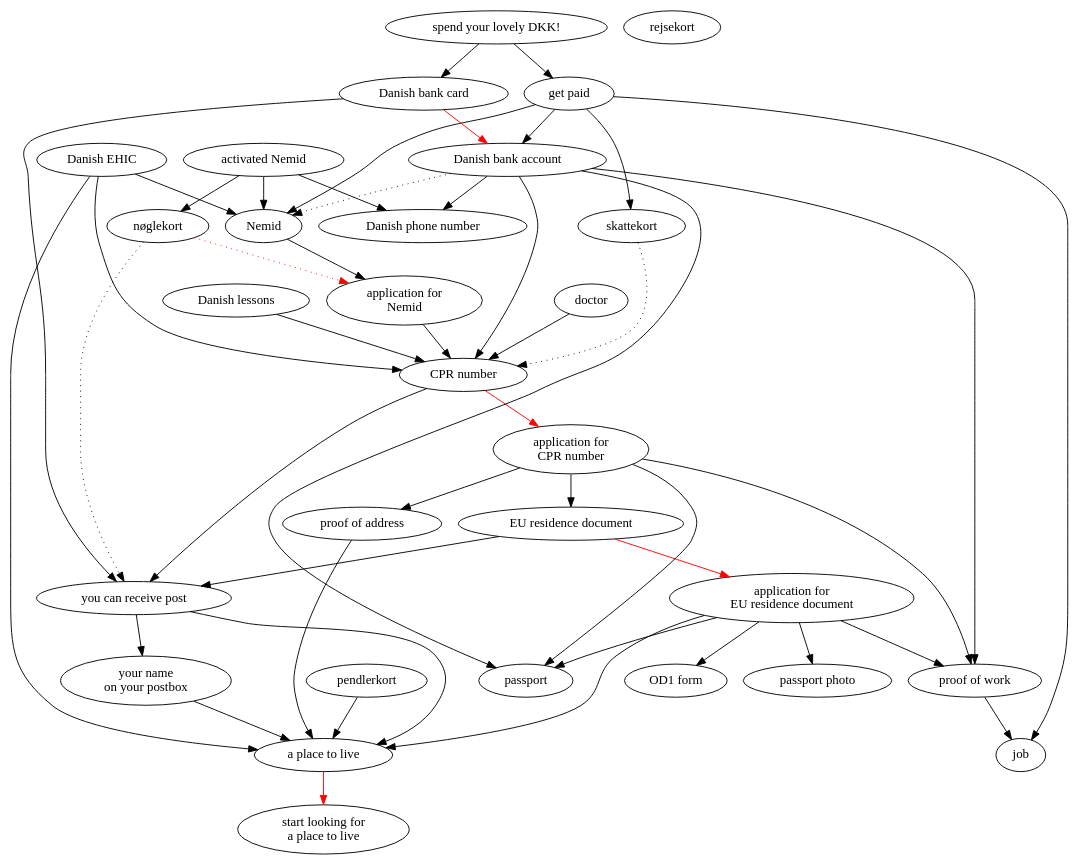
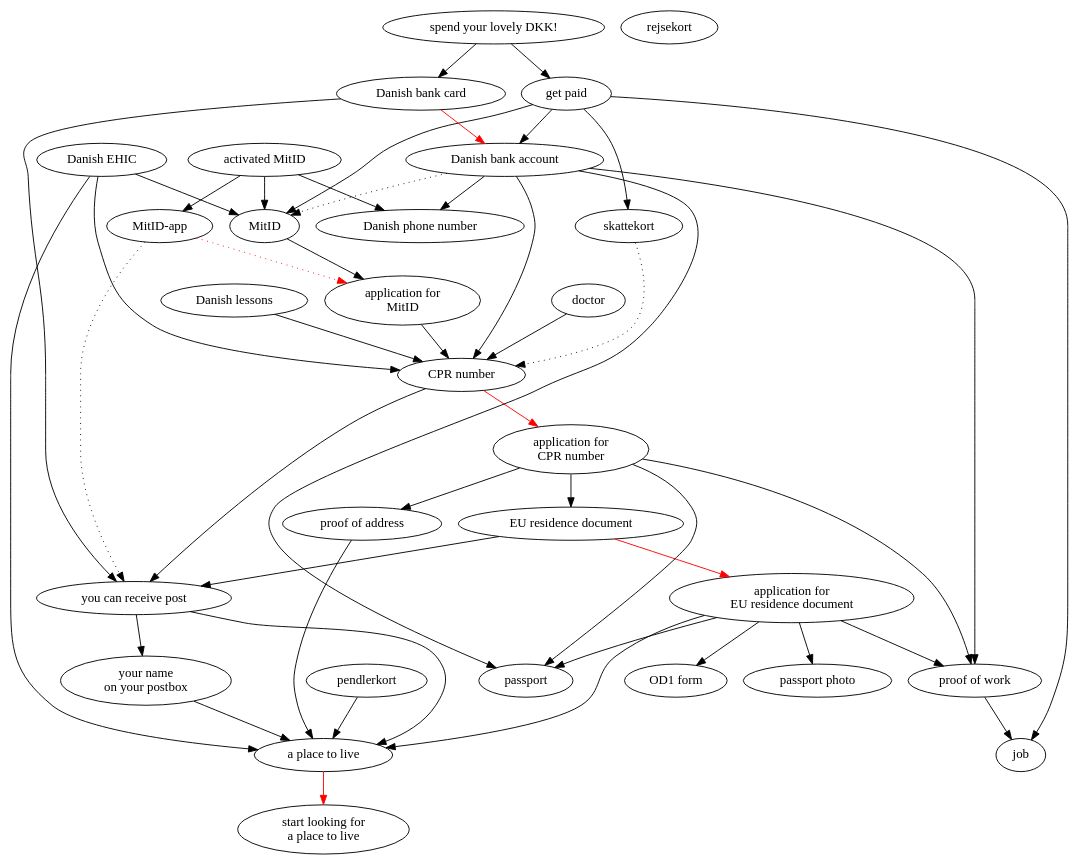
One commit to NoahBohme/emigrerer-til-danmark changed the diagram in flytter-til-danmark.dot. Above: the diagram before and after it, drawn with Graphviz.

Commit message:
Update from NemID to MitID

```diff
--- a/flytter-til-danmark.dot
+++ b/flytter-til-danmark.dot
@@ -1,99 +1,99 @@
 digraph g {
   job
   proof_of_work [ label="proof of work" ]
   proof_of_work -> job
 
   passport
 
   danish_phone_number [ label="Danish phone number" ]
   rejsekort
 
   start_looking_for_place_to_live [ label="start looking for\na place to live" ]
   place_to_live [ label="a place to live" ]
   place_to_live -> start_looking_for_place_to_live [ color="red" ]
 
   name_on_postbox [ label="your name\non your postbox" ]
   name_on_postbox -> place_to_live
 
   can_receive_post [ label="you can receive post" ]
   can_receive_post -> place_to_live
   can_receive_post -> name_on_postbox
 
   pendlerkort
   pendlerkort -> place_to_live
 
   eu_residence_document_application [ label="application for\nEU residence document" ]
   eu_residence_document_application -> place_to_live
   eu_residence_document_application -> proof_of_work
   eu_residence_document_application -> passport
   eu_residence_document_application -> od1_form
   od1_form [ label="OD1 form" ]
   passport_photo [ label="passport photo" ]
   eu_residence_document_application -> passport_photo
 
   eu_residence_document [ label="EU residence document" ]
   eu_residence_document -> eu_residence_document_application [ color="red" ]
   eu_residence_document -> can_receive_post
 
   cpr_number_application [ label="application for\nCPR number" ]
   cpr_number_application -> eu_residence_document
   cpr_number_application -> proof_of_work
   cpr_number_application -> proof_of_address
   cpr_number_application -> passport
 
   cpr_number [ label="CPR number" ]
   cpr_number -> cpr_number_application [ color="red" ]
   cpr_number -> can_receive_post
 
   proof_of_address [ label="proof of address" ]
   proof_of_address -> place_to_live
 
   skattekort
   skattekort -> cpr_number [ style="dotted" ]
 
-  nemid_application [ label="application for\nNemid" ]
-  nemid_application -> cpr_number
-  nemid [ label="Nemid" ]
-  nemid -> nemid_application
+  mitid_application [ label="application for\nMitID" ]
+  mitid_application -> cpr_number
+  mitid [ label="MitID" ]
+  mitid -> mitid_application
 
   danish_bank_account [ label="Danish bank account" ]
   danish_bank_account -> cpr_number
   danish_bank_account -> proof_of_work
-  danish_bank_account -> nemid [ style="dotted" ]
+  danish_bank_account -> mitid [ style="dotted" ]
   danish_bank_account -> passport
   danish_bank_account -> danish_phone_number
 
-  activated_nemid [ label="activated Nemid" ]
-  activated_nemid -> nemid
-  activated_nemid -> danish_phone_number
-  noglekort [ label="nøglekort" ]
-  activated_nemid -> noglekort
-  noglekort -> nemid_application [ style="dotted" color="red" ]
-  noglekort -> can_receive_post [ style="dotted" ]
+  activated_mitid [ label="activated MitID" ]
+  activated_mitid -> mitid
+  activated_mitid -> danish_phone_number
+  mitid_app [ label="MitID-app" ]
+  activated_mitid -> mitid_app
+  mitid_app -> mitid_application [ style="dotted" color="red" ]
+  mitid_app -> can_receive_post [ style="dotted" ]
 
   ehic [ label="Danish EHIC" ]
   ehic -> cpr_number
-  ehic -> nemid
+  ehic -> mitid
   ehic -> place_to_live
 
   doctor
   doctor -> cpr_number
 
   get_paid [ label="get paid" ]
   get_paid -> job
   get_paid -> skattekort
   get_paid -> danish_bank_account
-  get_paid -> nemid
+  get_paid -> mitid
 
   danish_lessions [ label="Danish lessons" ]
   danish_lessions -> cpr_number
 
   danish_bank_card [ label="Danish bank card" ]
   danish_bank_card -> danish_bank_account [ color="red" ]
   danish_bank_card -> can_receive_post
 
   spend_lovely_dkk [ label="spend your lovely DKK!" ]
   spend_lovely_dkk -> get_paid
   spend_lovely_dkk -> danish_bank_card
 
 }
```
